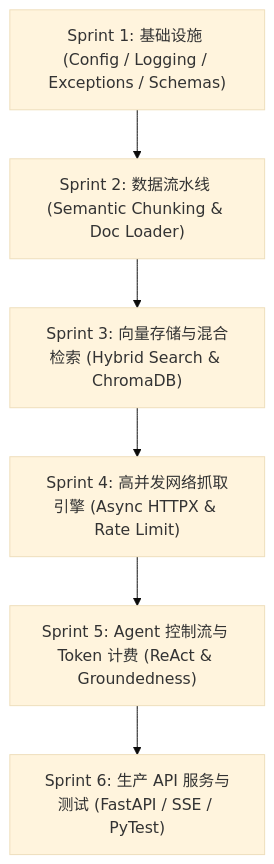
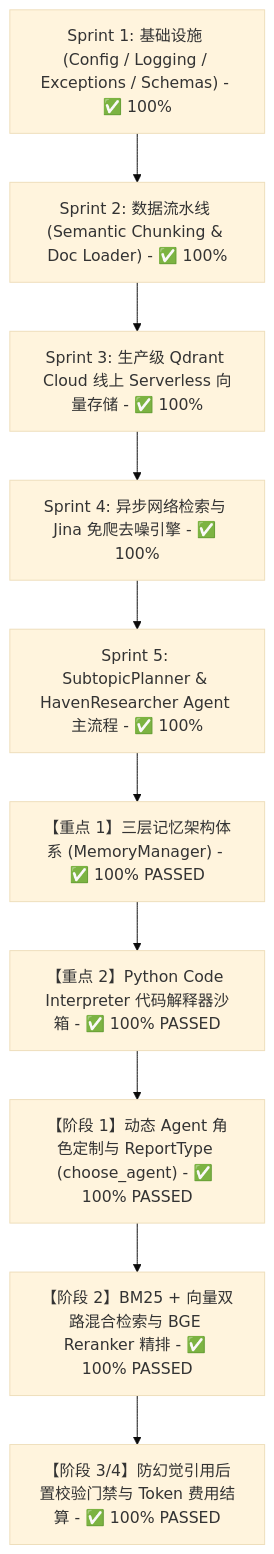
Before and after one commit to songhaiwen-ai/HAVEN-AI: the diagram in 04-Projects/lab02_rag_agent/00-Production-Sprint-Plan.md, drawn with Mermaid (base theme). The commit also changed other lines of this file and 40 other files, not shown here.

First line of the commit message:
feat(lab02_rag_agent): 完成 HavenResearch 企业级 Deep Research Agent 核心架构与 4 大增强落地

````diff
--- a/04-Projects/lab02_rag_agent/00-Production-Sprint-Plan.md
+++ b/04-Projects/lab02_rag_agent/00-Production-Sprint-Plan.md
@@ -9,8 +9,12 @@
 ```mermaid
 graph TD
-    S1["Sprint 1: 基础设施 (Config / Logging / Exceptions / Schemas)"] --> S2["Sprint 2: 数据流水线 (Semantic Chunking & Doc Loader)"]
-    S2 --> S3["Sprint 3: 向量存储与混合检索 (Hybrid Search & ChromaDB)"]
-    S3 --> S4["Sprint 4: 高并发网络抓取引擎 (Async HTTPX & Rate Limit)"]
-    S4 --> S5["Sprint 5: Agent 控制流与 Token 计费 (ReAct & Groundedness)"]
-    S5 --> S6["Sprint 6: 生产 API 服务与测试 (FastAPI / SSE / PyTest)"]
+    S1["Sprint 1: 基础设施 (Config / Logging / Exceptions / Schemas) - ✅ 100%"] --> S2["Sprint 2: 数据流水线 (Semantic Chunking & Doc Loader) - ✅ 100%"]
+    S2 --> S3["Sprint 3: 生产级 Qdrant Cloud 线上 Serverless 向量存储 - ✅ 100%"]
+    S3 --> S4["Sprint 4: 异步网络检索与 Jina 免爬去噪引擎 - ✅ 100%"]
+    S4 --> S5["Sprint 5: SubtopicPlanner & HavenResearcher Agent 主流程 - ✅ 100%"]
+    S5 --> ADV1["【重点 1】三层记忆架构体系 (MemoryManager) - ✅ 100% PASSED"]
+    ADV1 --> ADV2["【重点 2】Python Code Interpreter 代码解释器沙箱 - ✅ 100% PASSED"]
+    ADV2 --> PHASE1["【阶段 1】动态 Agent 角色定制与 ReportType (choose_agent) - ✅ 100% PASSED"]
+    PHASE1 --> PHASE2["【阶段 2】BM25 + 向量双路混合检索与 BGE Reranker 精排 - ✅ 100% PASSED"]
+    PHASE2 --> PHASE3["【阶段 3/4】防幻觉引用后置校验门禁与 Token 费用结算 - ✅ 100% PASSED"]
 ```
````
